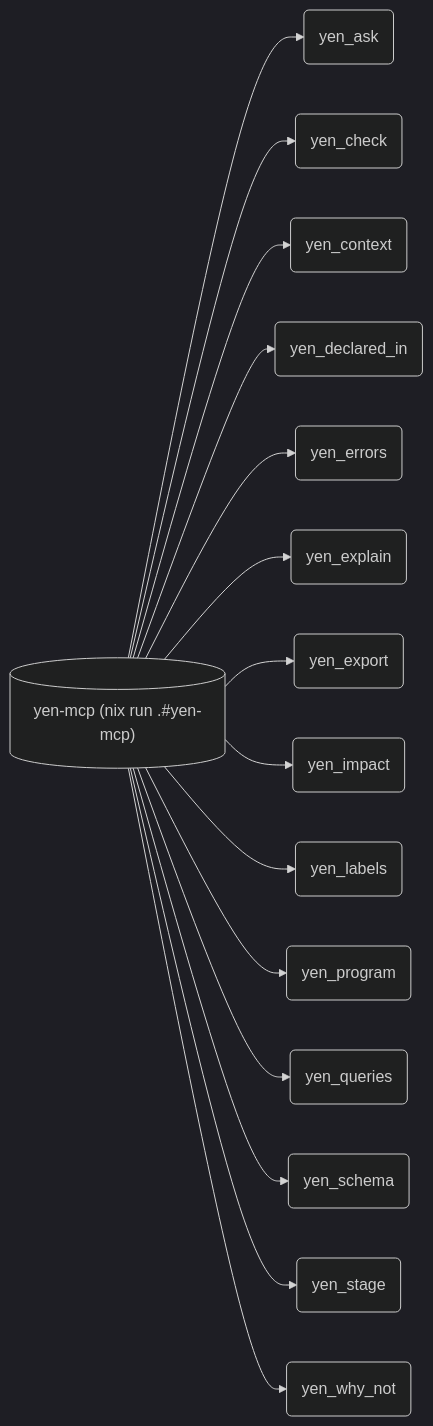
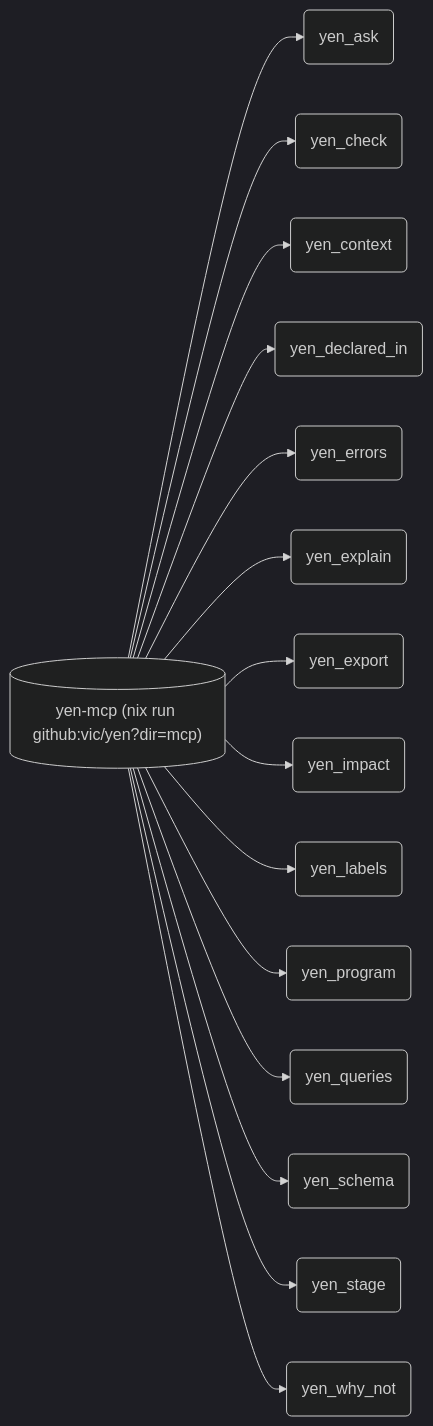
One commit to vic/vix changed diagram 11 of 11 in README.md. Above: the diagram before and after it, drawn with Mermaid (dark theme). The commit also changed other lines of this file and 8 other files, not shown here.

First line of the commit message:
Use yen's own MCP server and skill

````diff
--- a/README.md
+++ b/README.md
@@ -1138,32 +1137,32 @@
 ```mermaid
 flowchart LR
-  n254d290cd5[("yen-mcp (nix run .#yen-mcp)")]
+  n254d290cd5[("yen-mcp (nix run github:vic/yen?dir=mcp)")]
   nf3ef81de2f("yen_ask")
   nf54195a4ac("yen_check")
   n6a59d997e4("yen_context")
   n66ec653a2d("yen_declared_in")
   nffe30fe478("yen_errors")
   n6df3350afa("yen_explain")
   n724e51eaa4("yen_export")
   nec98de0ce9("yen_impact")
   na6be3937d8("yen_labels")
   n1b9c14e078("yen_program")
   ncc44a3e3ff("yen_queries")
   n7aa4e78a07("yen_schema")
   n07a598af03("yen_stage")
   n53cf4e0ffd("yen_why_not")
   n254d290cd5 --> nf3ef81de2f
   n254d290cd5 --> nf54195a4ac
   n254d290cd5 --> n6a59d997e4
   n254d290cd5 --> n66ec653a2d
   n254d290cd5 --> nffe30fe478
   n254d290cd5 --> n6df3350afa
   n254d290cd5 --> n724e51eaa4
   n254d290cd5 --> nec98de0ce9
   n254d290cd5 --> na6be3937d8
   n254d290cd5 --> n1b9c14e078
   n254d290cd5 --> ncc44a3e3ff
   n254d290cd5 --> n7aa4e78a07
   n254d290cd5 --> n07a598af03
   n254d290cd5 --> n53cf4e0ffd
 ```
````
